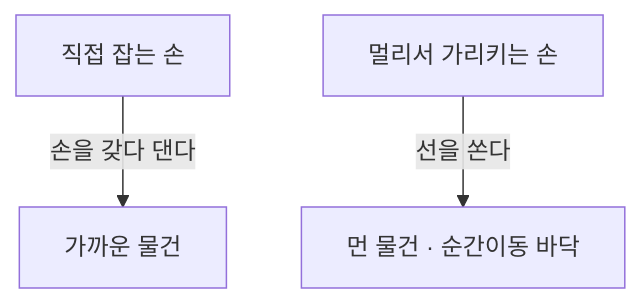
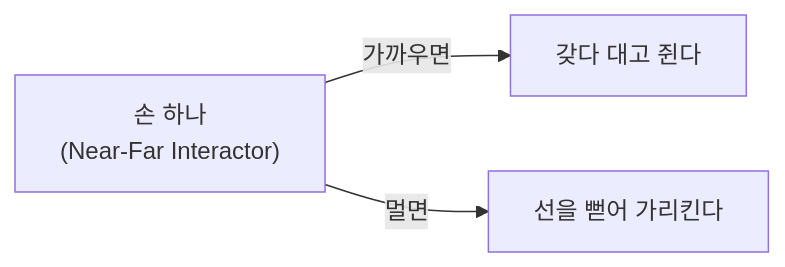
Before and after one commit to KooHoo-Dev/kdc-meta-verse-nocode-lecture: the third of 5 diagrams in Docs/1. NoCode/5. XR/31_xr_interaction_nocode.md, drawn with Mermaid. The commit also changed other lines of this file and 11 other files, not shown here.

````diff
--- a/Docs/1. NoCode/5. XR/31_xr_interaction_nocode.md
+++ b/Docs/1. NoCode/5. XR/31_xr_interaction_nocode.md
@@ -93,5 +93,6 @@
 ```mermaid
-flowchart TB
-    H1["직접 잡는 손"] -->|손을 갖다 댄다| O1["가까운 물건"]
-    H2["멀리서 가리키는 손"] -->|선을 쏜다| O2["먼 물건 · 순간이동 바닥"]
+flowchart LR
+    H["손 하나<br/>(Near-Far Interactor)"]
+    H -->|가까우면| N["갖다 대고 쥔다"]
+    H -->|멀면| F["선을 뻗어 가리킨다"]
 ```
````
